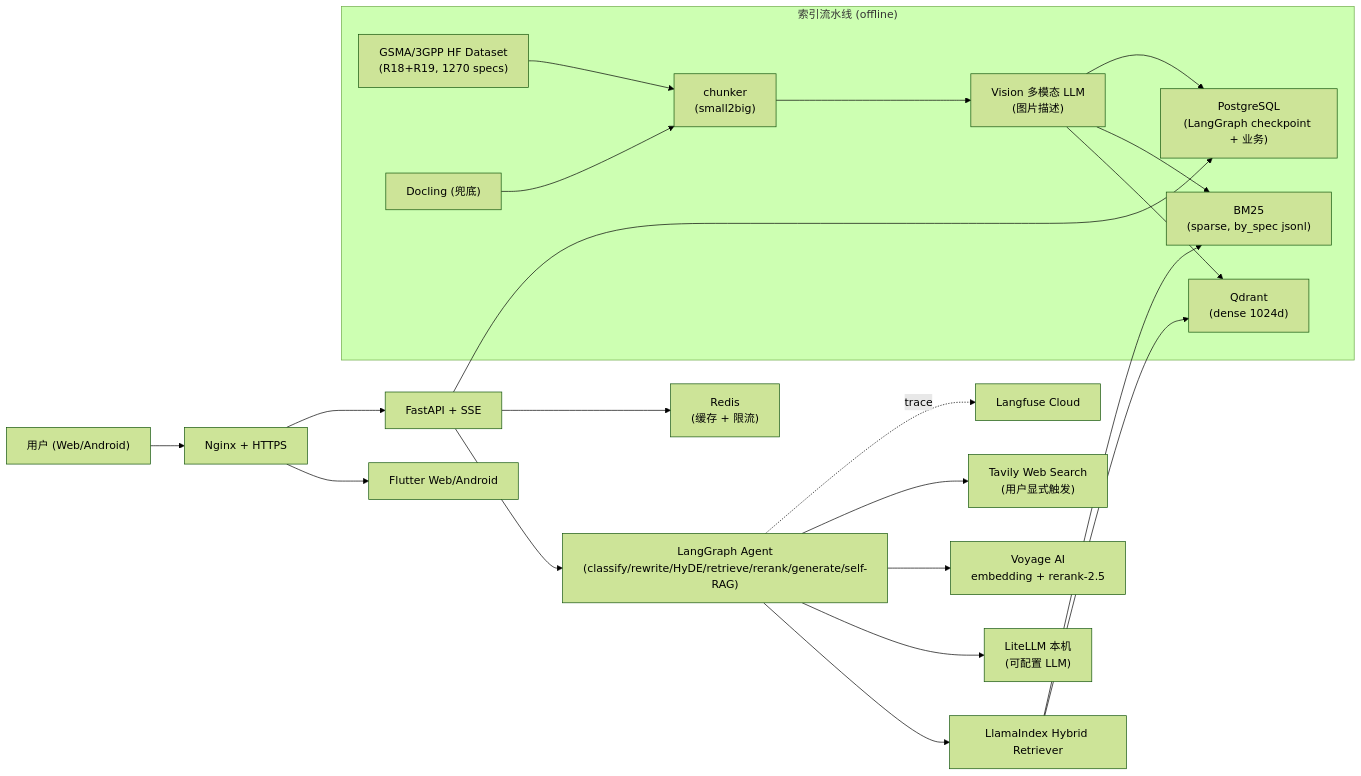
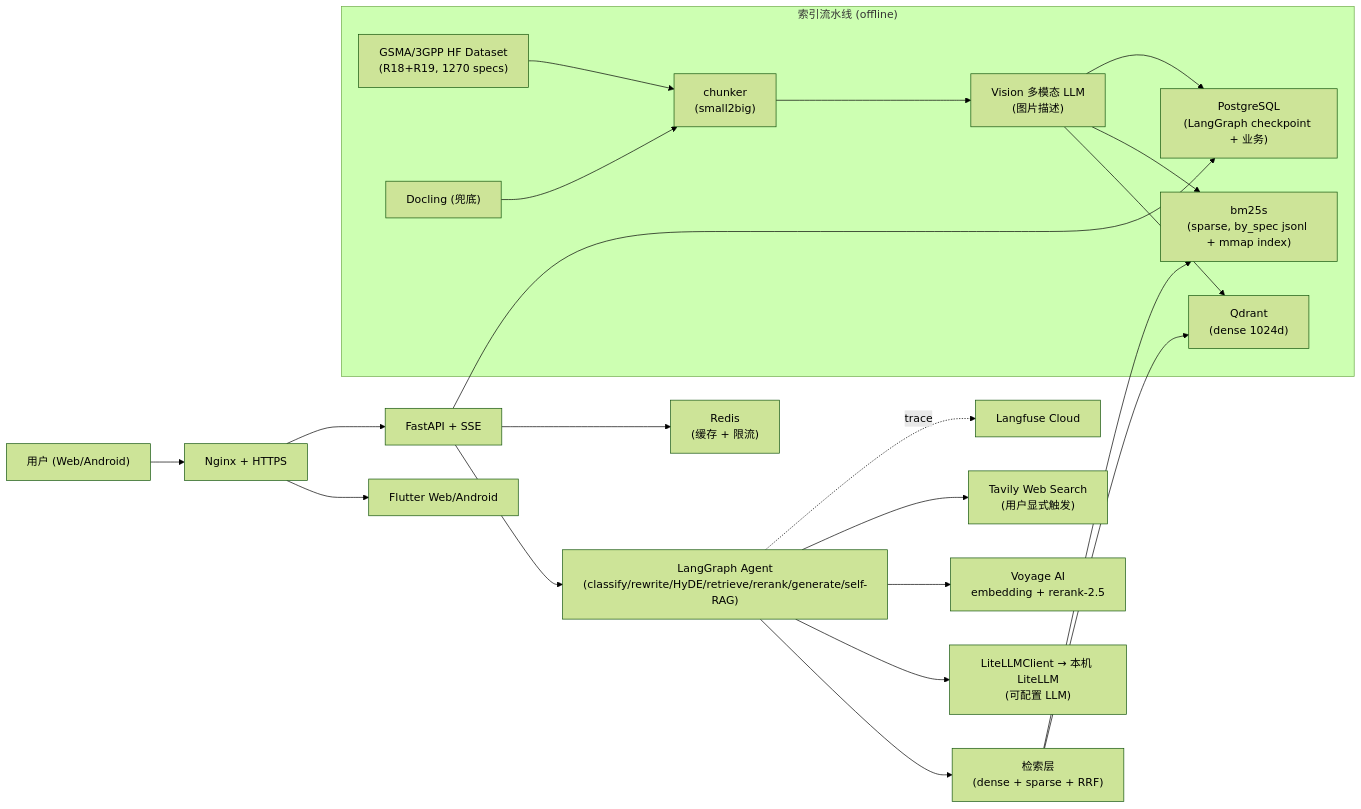
The third of 3 diagrams in README.md (EpisodeYu/3GPP-Everything), drawn with Mermaid (forest theme) before and after one commit. The commit also changed other lines of this file and 6 other files, not shown here.

First line of the commit message:
docs: 技术栈文档对齐源码实况（去 LlamaIndex / 自写 LiteLLMClient / bm25s）

````diff
--- a/README.md
+++ b/README.md
@@ -223,25 +224,25 @@
 ```mermaid
 flowchart LR
     U["用户 (Web/Android)"] --> NX["Nginx + HTTPS"]
     NX --> FE["Flutter Web/Android"]
     NX --> API["FastAPI + SSE"]
     API --> AG["LangGraph Agent<br/>(classify/rewrite/HyDE/retrieve/rerank/generate/self-RAG)"]
-    AG --> LI["LlamaIndex Hybrid Retriever"]
-    LI --> QD["Qdrant<br/>(dense 1024d)"]
-    LI --> BM["BM25<br/>(sparse, by_spec jsonl)"]
-    AG --> LLM["LiteLLM 本机<br/>(可配置 LLM)"]
+    AG --> RT["检索层<br/>(dense + sparse + RRF)"]
+    RT --> QD["Qdrant<br/>(dense 1024d)"]
+    RT --> BM["bm25s<br/>(sparse, by_spec jsonl + mmap index)"]
+    AG --> LLM["LiteLLMClient → 本机 LiteLLM<br/>(可配置 LLM)"]
     AG --> VG["Voyage AI<br/>embedding + rerank-2.5"]
     AG --> TV["Tavily Web Search<br/>(用户显式触发)"]
     API --> PG["PostgreSQL<br/>(LangGraph checkpoint + 业务)"]
     API --> RD["Redis<br/>(缓存 + 限流)"]
     AG -.trace.-> LF["Langfuse Cloud"]
 
     subgraph ingest["索引流水线 (offline)"]
         H["GSMA/3GPP HF Dataset<br/>(R18+R19, 1270 specs)"] --> CK["chunker<br/>(small2big)"]
         DL["Docling (兜底)"] --> CK
         CK --> VS["Vision 多模态 LLM<br/>(图片描述)"]
         VS --> QD
         VS --> BM
         VS --> PG
     end
 ```
````
